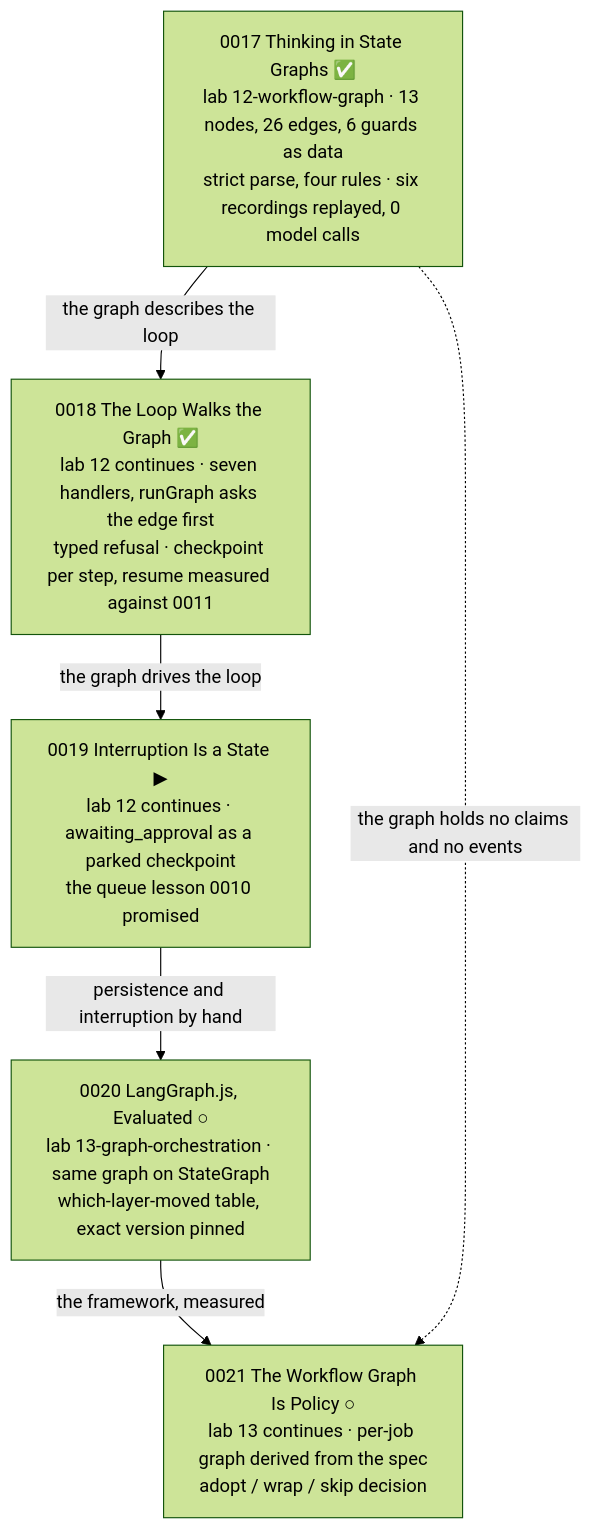
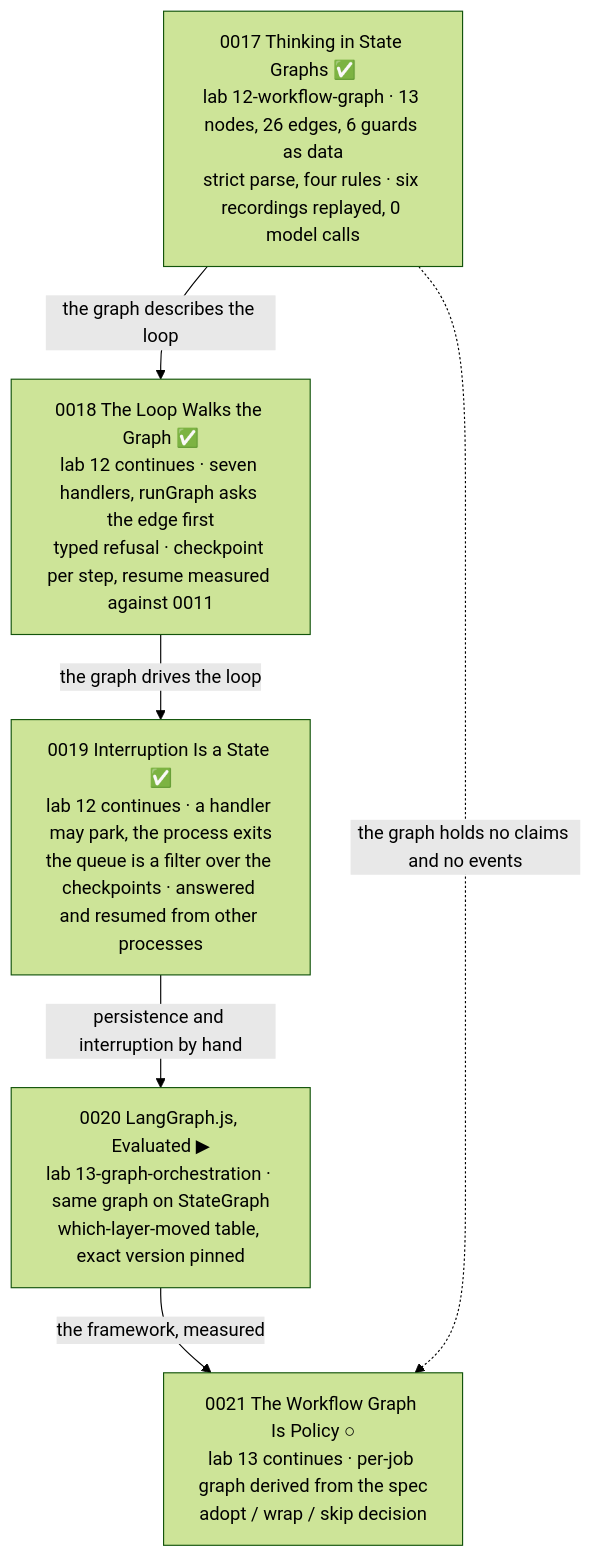
Before and after one commit to JozsefKiss90/TS: the fifth of 6 diagrams in wiki/course/course-module-graph.md, drawn with Mermaid (forest theme). The commit also changed other lines of this file and 15 other files, not shown here.

First line of the commit message:
Ship lesson 0019 - Interruption Is a State; lab 12 parts g-j; Phase 3 is 3 of 5

````diff
--- a/wiki/course/course-module-graph.md
+++ b/wiki/course/course-module-graph.md
@@ -95,13 +95,13 @@
 ```mermaid
 flowchart TD
     Q17["0017 Thinking in State Graphs ✅<br/>lab 12-workflow-graph · 13 nodes, 26 edges, 6 guards as data<br/>strict parse, four rules · six recordings replayed, 0 model calls"]
     Q18["0018 The Loop Walks the Graph ✅<br/>lab 12 continues · seven handlers, runGraph asks the edge first<br/>typed refusal · checkpoint per step, resume measured against 0011"]
-    Q19["0019 Interruption Is a State ▶<br/>lab 12 continues · awaiting_approval as a parked checkpoint<br/>the queue lesson 0010 promised"]
-    Q20["0020 LangGraph.js, Evaluated ○<br/>lab 13-graph-orchestration · same graph on StateGraph<br/>which-layer-moved table, exact version pinned"]
+    Q19["0019 Interruption Is a State ✅<br/>lab 12 continues · a handler may park, the process exits<br/>the queue is a filter over the checkpoints · answered and resumed from other processes"]
+    Q20["0020 LangGraph.js, Evaluated ▶<br/>lab 13-graph-orchestration · same graph on StateGraph<br/>which-layer-moved table, exact version pinned"]
     Q21["0021 The Workflow Graph Is Policy ○<br/>lab 13 continues · per-job graph derived from the spec<br/>adopt / wrap / skip decision"]
     Q17 -->|"the graph describes the loop"| Q18
     Q18 -->|"the graph drives the loop"| Q19
     Q19 -->|"persistence and interruption by hand"| Q20
     Q20 -->|"the framework, measured"| Q21
     Q17 -.->|"the graph holds no claims and no events"| Q21
 ```
````
